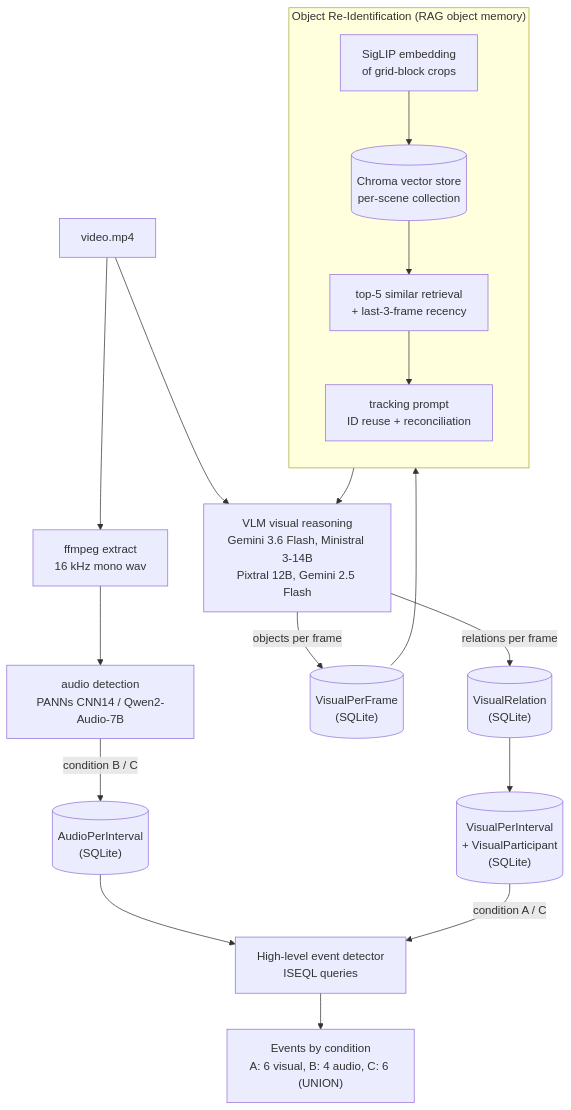
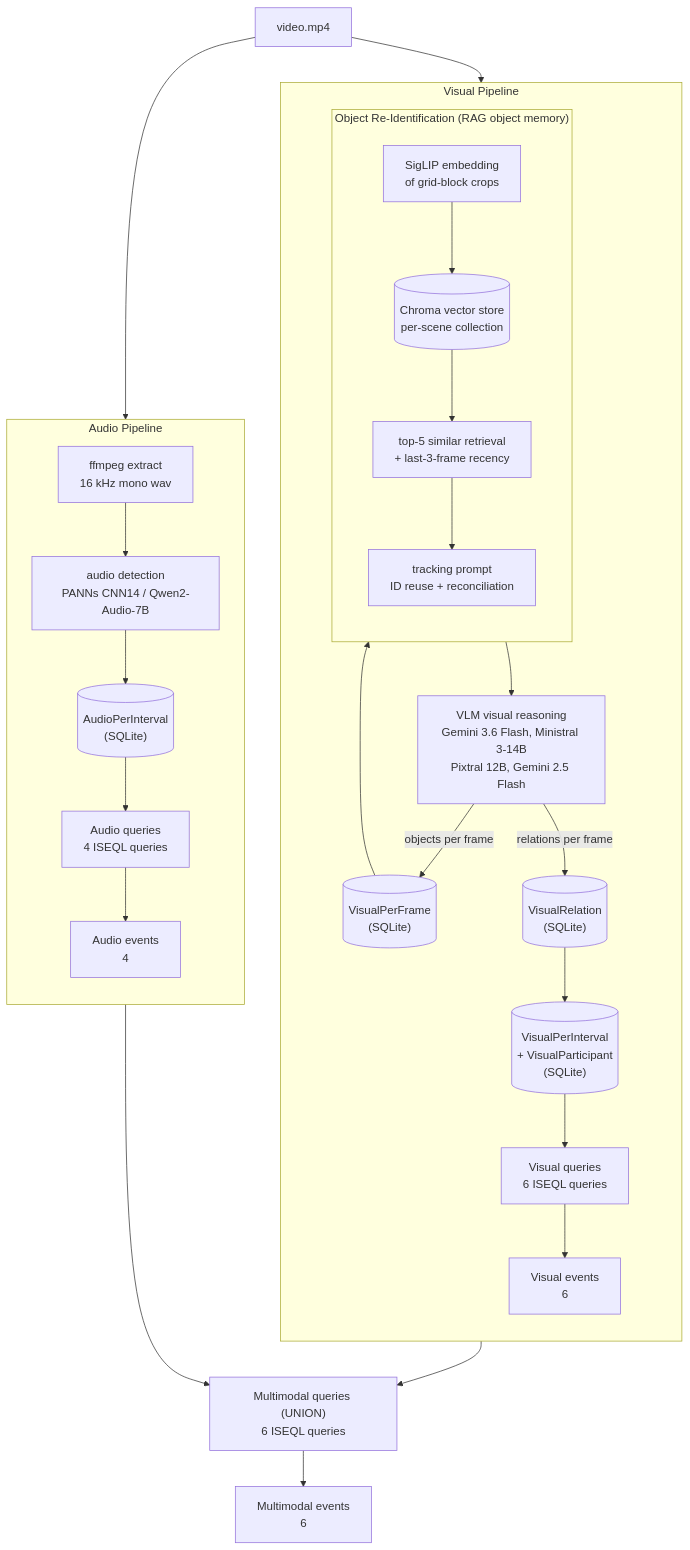
One commit to ghiffaryr/multimodal-surveillance-iseql changed the diagram in README.md. Above: the diagram before and after it, drawn with Mermaid. The commit also changed 3 other files, not shown here.

````diff
--- a/README.md
+++ b/README.md
@@ -44,32 +44,43 @@
 ```mermaid
 flowchart TB
     VIDEO["video.mp4"]
 
-    VIDEO --> FF["ffmpeg extract<br/>16 kHz mono wav"]
-    FF --> AUD["audio detection<br/>PANNs CNN14 / Qwen2-Audio-7B"]
-    AUD -->|condition B / C| AINT[("AudioPerInterval<br/>(SQLite)")]
-
-    VIDEO --> VLM["VLM visual reasoning<br/>Gemini 3.6 Flash, Ministral 3-14B<br/>Pixtral 12B, Gemini 2.5 Flash"]
-
-    VLM -->|objects per frame| VPF[("VisualPerFrame<br/>(SQLite)")]
-    VLM -->|relations per frame| VREL[("VisualRelation<br/>(SQLite)")]
-
-    subgraph REID["Object Re-Identification (RAG object memory)"]
+    subgraph VIS["Visual Pipeline"]
         direction TB
-        EMB["SigLIP embedding<br/>of grid-block crops"]
-        CHROMA[("Chroma vector store<br/>per-scene collection")]
-        RET["top-5 similar retrieval<br/>+ last-3-frame recency"]
-        TRACK["tracking prompt<br/>ID reuse + reconciliation"]
-        EMB --> CHROMA --> RET --> TRACK
+        VLM["VLM visual reasoning<br/>Gemini 3.6 Flash, Ministral 3-14B<br/>Pixtral 12B, Gemini 2.5 Flash"]
+        VPF[("VisualPerFrame<br/>(SQLite)")]
+        VREL[("VisualRelation<br/>(SQLite)")]
+        subgraph REID["Object Re-Identification (RAG object memory)"]
+            direction TB
+            EMB["SigLIP embedding<br/>of grid-block crops"]
+            CHROMA[("Chroma vector store<br/>per-scene collection")]
+            RET["top-5 similar retrieval<br/>+ last-3-frame recency"]
+            TRACK["tracking prompt<br/>ID reuse + reconciliation"]
+            EMB --> CHROMA --> RET --> TRACK
+        end
+        VINT[("VisualPerInterval<br/>+ VisualParticipant<br/>(SQLite)")]
+        QA["Visual queries<br/>6 ISEQL queries"]
+        EVA["Visual events<br/>6"]
+        VLM -->|objects per frame| VPF
+        VLM -->|relations per frame| VREL
+        VPF --> EMB
+        TRACK --> VLM
+        VREL --> VINT --> QA --> EVA
     end
 
-    VPF --> EMB
-    TRACK --> VLM
+    subgraph AUD2["Audio Pipeline"]
+        direction TB
+        FF["ffmpeg extract<br/>16 kHz mono wav"]
+        AUD["audio detection<br/>PANNs CNN14 / Qwen2-Audio-7B"]
+        AINT[("AudioPerInterval<br/>(SQLite)")]
+        QB["Audio queries<br/>4 ISEQL queries"]
+        EVB["Audio events<br/>4"]
+        FF --> AUD --> AINT --> QB --> EVB
+    end
 
-    VREL --> VINT[("VisualPerInterval<br/>+ VisualParticipant<br/>(SQLite)")]
+    VIDEO --> VLM
+    VIDEO --> FF
 
-    AINT --> DET["High-level event detector<br/>ISEQL queries"]
-    VINT -->|condition A / C| DET
-
-    DET --> COND["Events by condition<br/>A: 6 visual, B: 4 audio, C: 6 (UNION)"]
+    QA & QB --> UNIONC["Multimodal queries (UNION)<br/>6 ISEQL queries"]
+    UNIONC --> EVC["Multimodal events<br/>6"]
 ```
````
